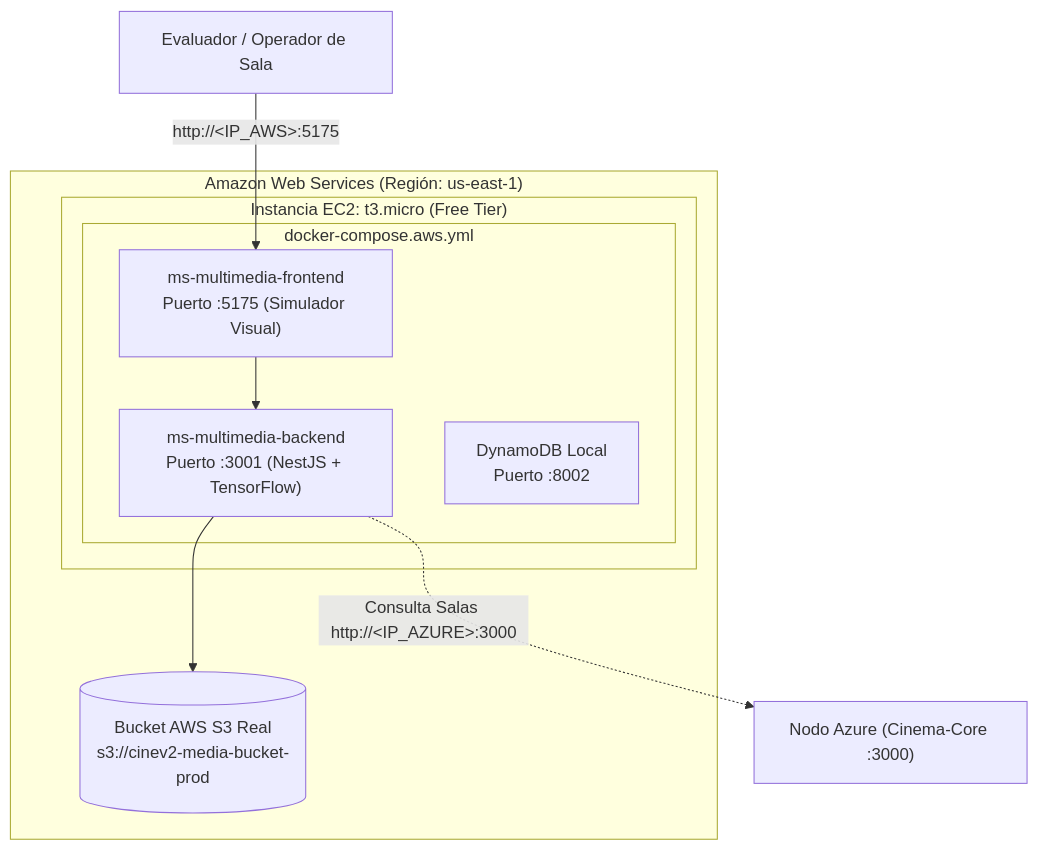
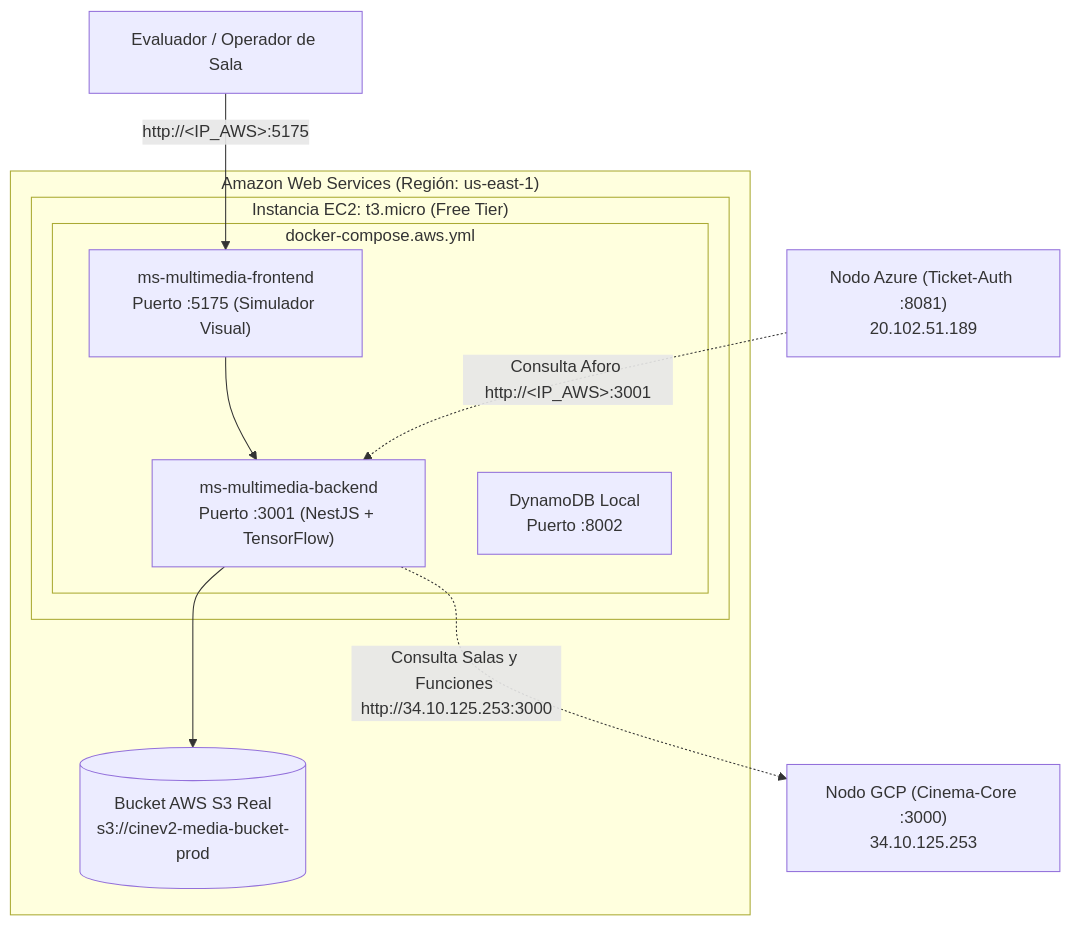
One commit to Thebetus7/SW2-P2-CINEv2-26-2 changed the diagram in docs/deploy/aws/00_RESUMEN_GENERAL.md. Above: the diagram before and after it, drawn with Mermaid. The commit also changed other lines of this file and 6 other files, not shown here.

````diff
--- a/docs/deploy/aws/00_RESUMEN_GENERAL.md
+++ b/docs/deploy/aws/00_RESUMEN_GENERAL.md
@@ -20,22 +22,24 @@
 ```mermaid
 flowchart TD
     Docente["Evaluador / Operador de Sala"]
-    AzureNode["Nodo Azure (Cinema-Core :3000)"]
+    GCPNode["Nodo GCP (Cinema-Core :3000)<br/>34.10.125.253"]
+    AzureNode["Nodo Azure (Ticket-Auth :8081)<br/>20.102.51.189"]
 
     subgraph AWS["Amazon Web Services (Región: us-east-1)"]
         subgraph EC2["Instancia EC2: t3.micro (Free Tier)"]
             subgraph DockerAWS["docker-compose.aws.yml"]
                 MedFE["ms-multimedia-frontend<br/>Puerto :5175 (Simulador Visual)"]
                 MedBE["ms-multimedia-backend<br/>Puerto :3001 (NestJS + TensorFlow)"]
                 Dynamo["DynamoDB Local<br/>Puerto :8002"]
             end
         end
         
         S3Bucket[("Bucket AWS S3 Real<br/>s3://cinev2-media-bucket-prod")]
     end
 
     Docente -->|"http://&lt;IP_AWS&gt;:5175"| MedFE
     MedFE --> MedBE
     MedBE --> S3Bucket
-    MedBE -.->|"Consulta Salas http://&lt;IP_AZURE&gt;:3000"| AzureNode
+    MedBE -.->|"Consulta Salas y Funciones http://34.10.125.253:3000"| GCPNode
+    AzureNode -.->|"Consulta Aforo http://&lt;IP_AWS&gt;:3001"| MedBE
 ```
````
